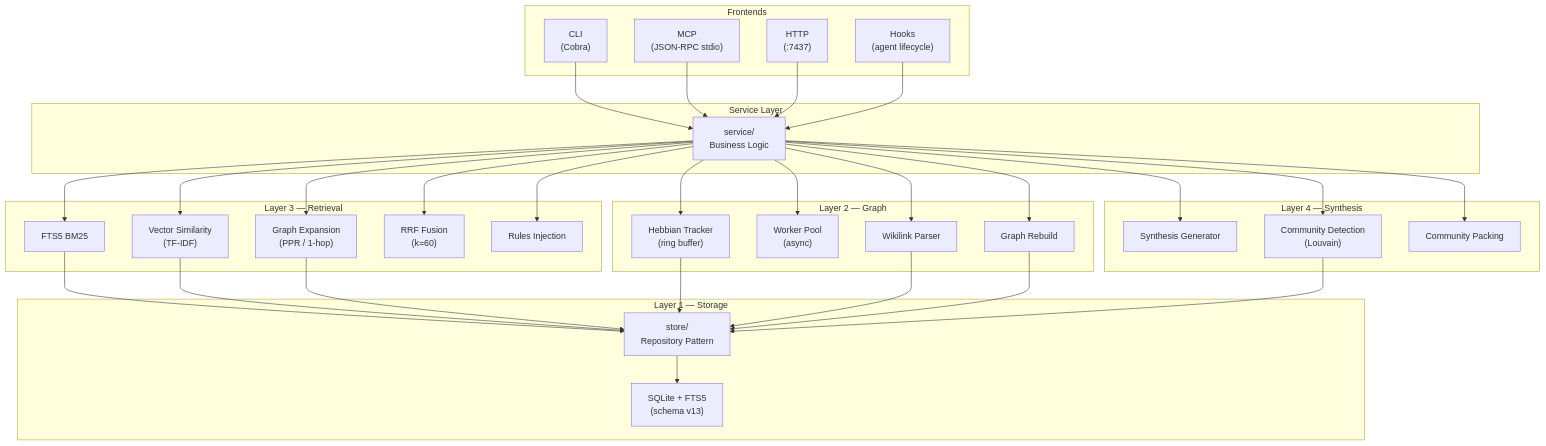
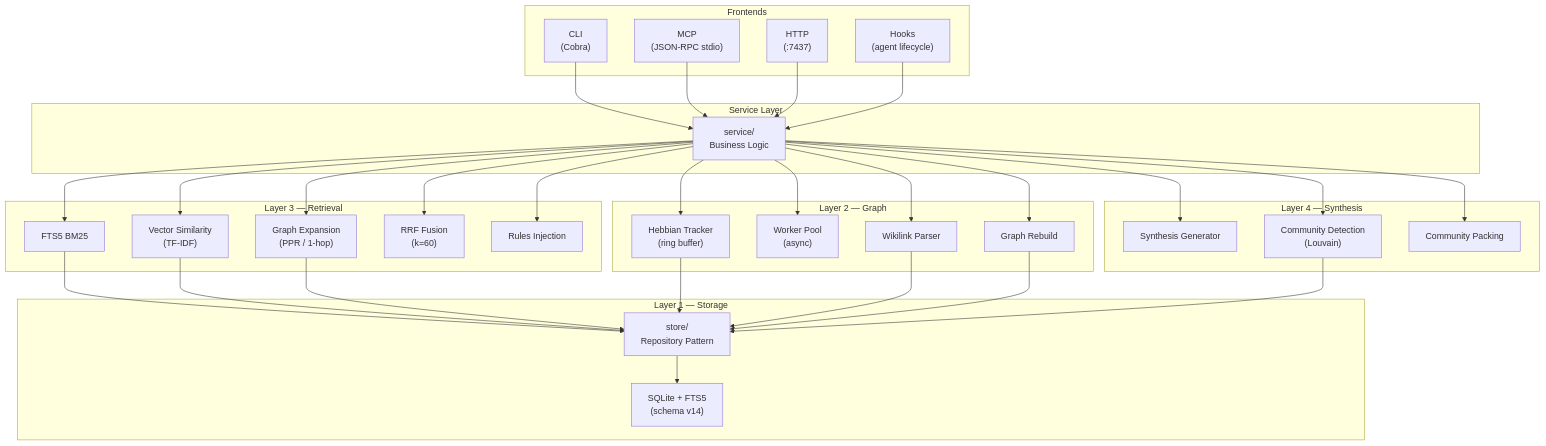
One commit to wirvii/mneme changed the first of 11 diagrams in docs/ARCHITECTURE.md. Above: the diagram before and after it, drawn with Mermaid. The commit also changed other lines of this file and 2 other files, not shown here.

First line of the commit message:
docs: reconcile ARCHITECTURE/GUIDE/init with schema v14 and 64 tools (SPEC-066)

````diff
--- a/docs/ARCHITECTURE.md
+++ b/docs/ARCHITECTURE.md
@@ -45,69 +45,69 @@
 ```mermaid
 graph TB
     subgraph Frontends
         CLI["CLI<br/>(Cobra)"]
         MCP["MCP<br/>(JSON-RPC stdio)"]
         HTTP["HTTP<br/>(:7437)"]
         HOOKS["Hooks<br/>(agent lifecycle)"]
     end
 
     subgraph "Service Layer"
         SVC["service/<br/>Business Logic"]
     end
 
     subgraph "Layer 4 — Synthesis"
         SYNTH["Synthesis Generator"]
         COMM["Community Detection<br/>(Louvain)"]
         CPAK["Community Packing"]
     end
 
     subgraph "Layer 3 — Retrieval"
         FTS["FTS5 BM25"]
         VEC["Vector Similarity<br/>(TF-IDF)"]
         PPR["Graph Expansion<br/>(PPR / 1-hop)"]
         RRF["RRF Fusion<br/>(k=60)"]
         RULES["Rules Injection"]
     end
 
     subgraph "Layer 2 — Graph"
         HEBB["Hebbian Tracker<br/>(ring buffer)"]
         WORKER["Worker Pool<br/>(async)"]
         WLINK["Wikilink Parser"]
         RBLD["Graph Rebuild"]
     end
 
     subgraph "Layer 1 — Storage"
         STORE["store/<br/>Repository Pattern"]
-        DB["SQLite + FTS5<br/>(schema v13)"]
+        DB["SQLite + FTS5<br/>(schema v14)"]
     end
 
     CLI --> SVC
     MCP --> SVC
     HTTP --> SVC
     HOOKS --> SVC
 
     SVC --> SYNTH
     SVC --> COMM
     SVC --> CPAK
 
     SVC --> FTS
     SVC --> VEC
     SVC --> PPR
     SVC --> RRF
     SVC --> RULES
 
     SVC --> HEBB
     SVC --> WORKER
     SVC --> WLINK
     SVC --> RBLD
 
     FTS --> STORE
     VEC --> STORE
     PPR --> STORE
     HEBB --> STORE
     WLINK --> STORE
     RBLD --> STORE
     COMM --> STORE
 
     STORE --> DB
 ```
````
